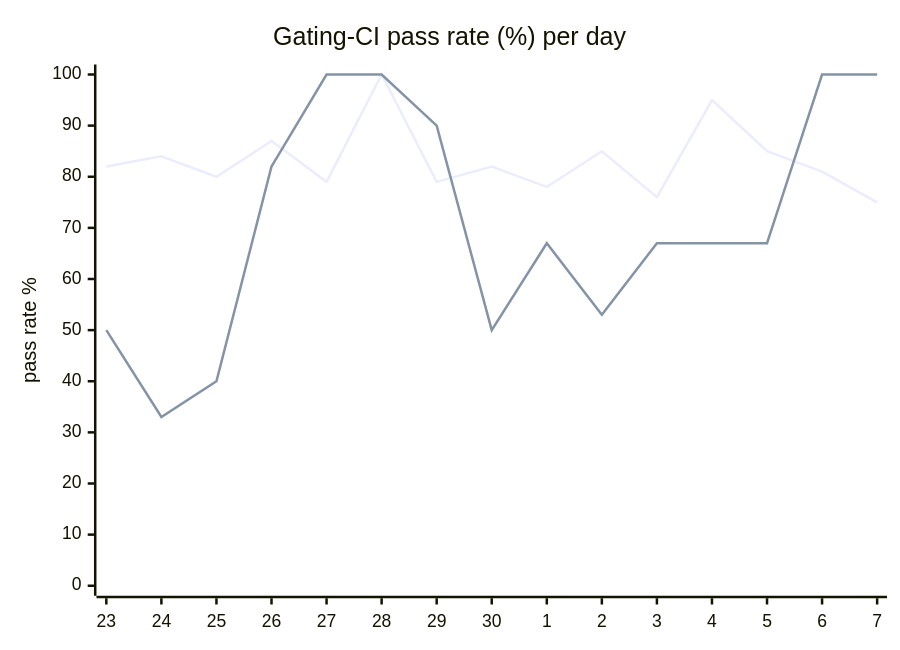
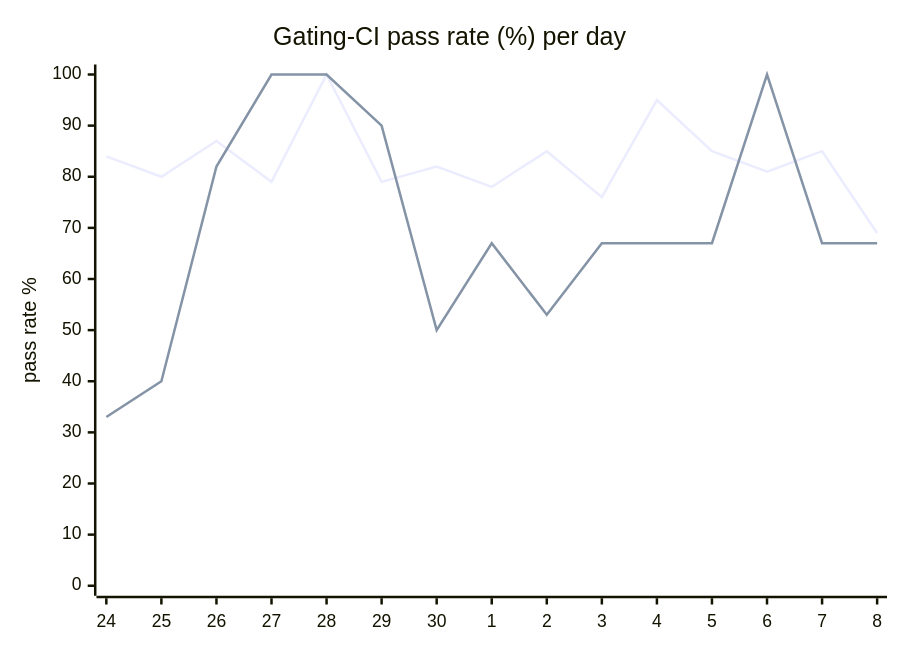
One commit to hatchet-dev/hatchet changed the diagram in hack/ci/ci-dashboard/staging/issue.md. Above: the diagram before and after it, drawn with Mermaid. The commit also changed other lines of this file, not shown here.

````diff
--- a/hack/ci/ci-dashboard/staging/issue.md
+++ b/hack/ci/ci-dashboard/staging/issue.md
@@ -9,8 +9,8 @@
 ```mermaid
 xychart-beta
   title "Gating-CI pass rate (%) per day"
-  x-axis [23, 24, 25, 26, 27, 28, 29, 30, 1, 2, 3, 4, 5, 6, 7]
+  x-axis [24, 25, 26, 27, 28, 29, 30, 1, 2, 3, 4, 5, 6, 7, 8]
   y-axis "pass rate %" 0 --> 100
-  line "CI" [82, 84, 80, 87, 79, 100, 79, 82, 78, 85, 76, 95, 85, 81, 75]
-  line "main" [50, 33, 40, 82, 100, 100, 90, 50, 67, 53, 67, 67, 67, 100, 100]
+  line "CI" [84, 80, 87, 79, 100, 79, 82, 78, 85, 76, 95, 85, 81, 85, 69]
+  line "main" [33, 40, 82, 100, 100, 90, 50, 67, 53, 67, 67, 67, 100, 67, 67]
 ```
````
